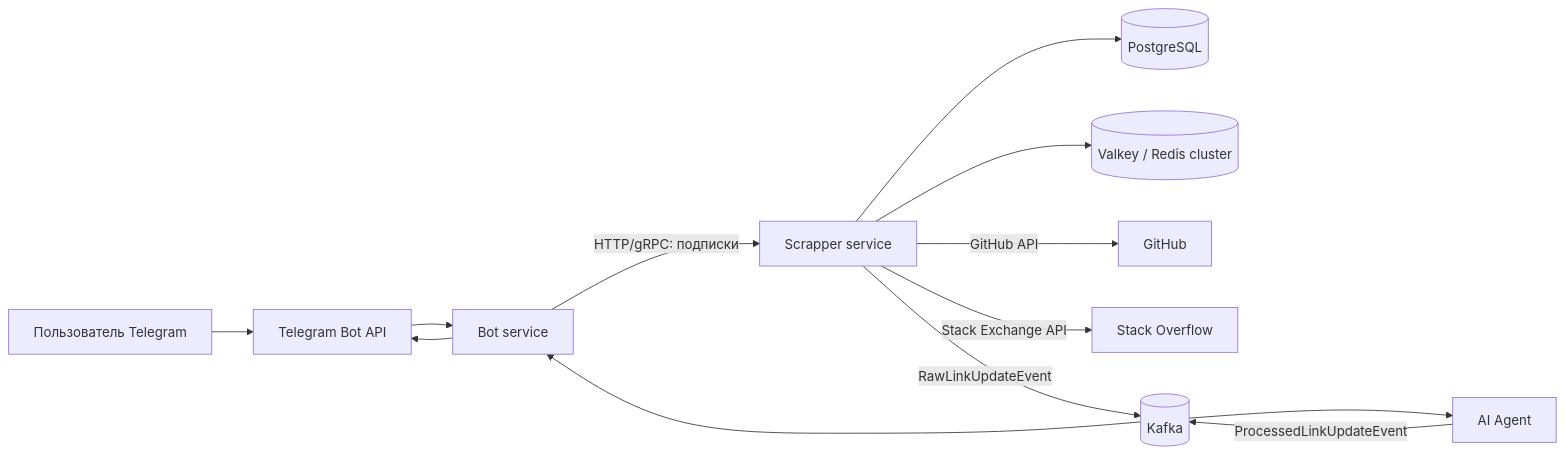
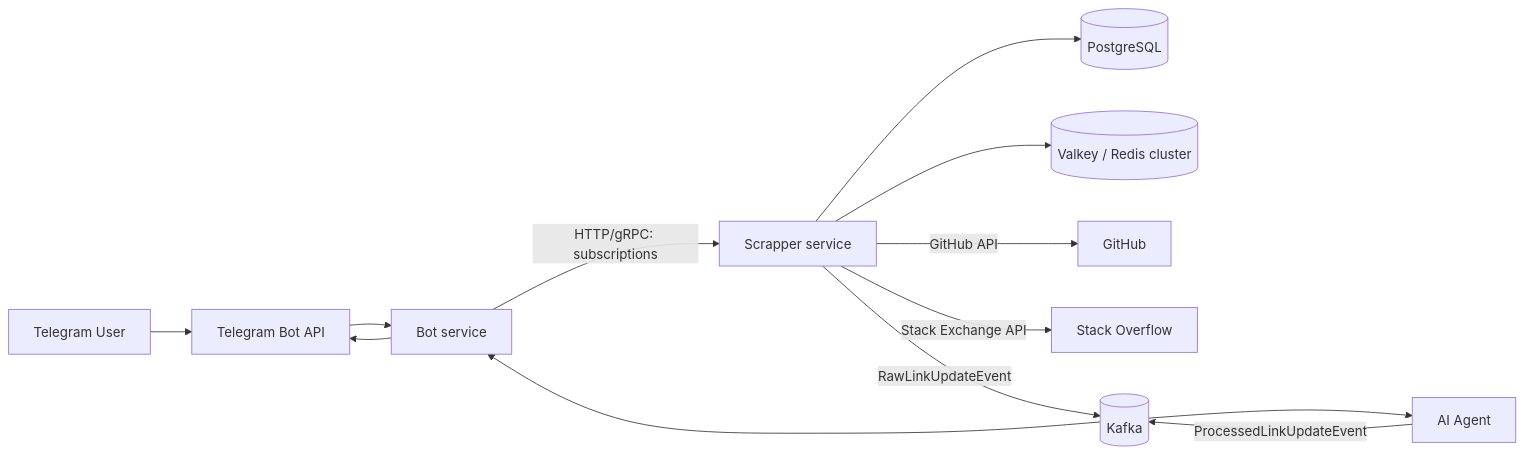
One commit to Arinkmm/LinkTracker changed the diagram in README.md. Above: the diagram before and after it, drawn with Mermaid. The commit also changed other lines of this file, not shown here.

````diff
--- a/README.md
+++ b/README.md
@@ -22,18 +22,18 @@
 ```mermaid
 flowchart LR
-    user["Пользователь Telegram"] --> telegram["Telegram Bot API"]
+    user["Telegram User"] --> telegram["Telegram Bot API"]
     telegram --> bot["Bot service"]
 
-    bot -- "HTTP/gRPC: подписки" --> scrapper["Scrapper service"]
+    bot -- "HTTP/gRPC: subscriptions" --> scrapper["Scrapper service"]
     scrapper --> postgres[("PostgreSQL")]
     scrapper --> valkey[("Valkey / Redis cluster")]
 
     scrapper -- "GitHub API" --> github["GitHub"]
     scrapper -- "Stack Exchange API" --> stackoverflow["Stack Overflow"]
 
     scrapper -- "RawLinkUpdateEvent" --> kafka[("Kafka")]
     kafka --> ai["AI Agent"]
     ai -- "ProcessedLinkUpdateEvent" --> kafka
     kafka --> bot
     bot --> telegram
 ```
````
